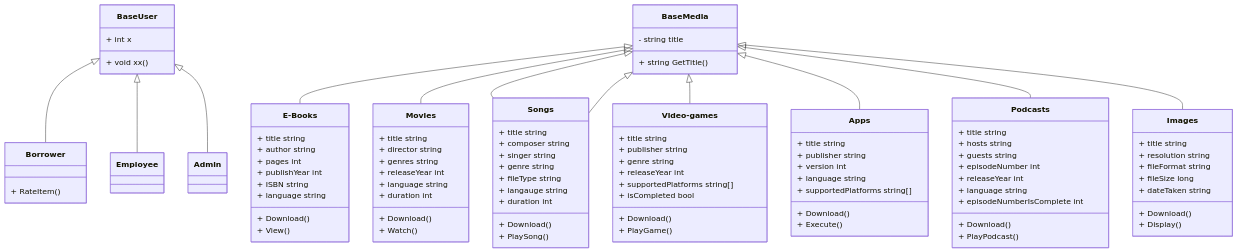
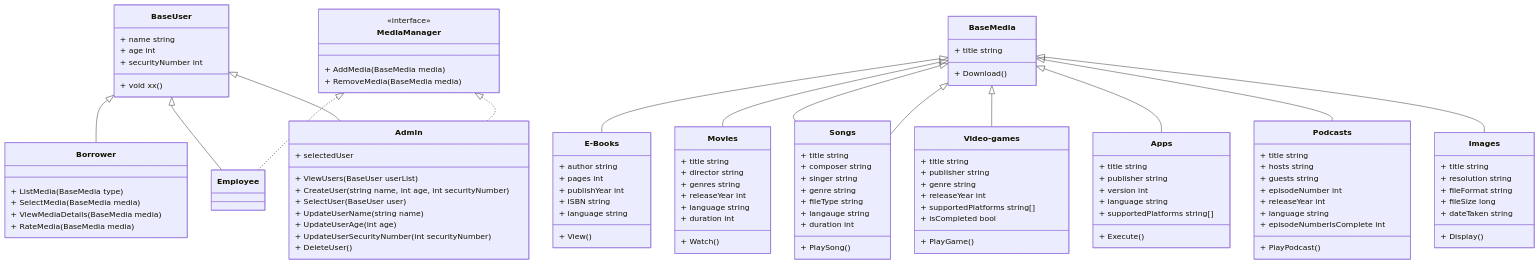
The diagram in OOP-Workshop/README.md (TheVedde/oop-workshop), drawn with Mermaid before and after one commit. The commit also changed other lines of this file and 1 other file, not shown here.

Commit message:
Inserted current CRC cards and UML diagram.

````diff
--- a/OOP-Workshop/README.md
+++ b/OOP-Workshop/README.md
@@ -16,34 +23,51 @@
   classDiagram
 direction TB
     class BaseUser {
-	    + int x
+        + name string
+        + age int
+        + securityNumber int
+
 	    + void xx()
     }
 
     class Borrower {
-        
-        + RateItem()
+        + ListMedia(BaseMedia type)
+        + SelectMedia(BaseMedia media)
+        + ViewMediaDetails(BaseMedia media)
+        + RateMedia(BaseMedia media)
+    }
+
+    class MediaManager{
+        <<interface>>
+        + AddMedia(BaseMedia media)
+        + RemoveMedia(BaseMedia media)
     }
 
     class Employee {
     }
 
     class Admin {
+        + selectedUser 
+        + ViewUsers(BaseUser userList)
+        + CreateUser(string name, int age, int securityNumber)
+        + SelectUser(BaseUser user)
+        + UpdateUserName(string name)
+        + UpdateUserAge(int age)
+        + UpdateUserSecurityNumber(int securityNumber)
+        + DeleteUser()
     }
 
     class BaseMedia {
-	    - string title
-	    + string GetTitle()
+	    + title string
+	    + Download()
     }
 
     class E-Books {
-	    + title string
 	    + author string
 	    + pages int
 	    + publishYear int
 	    + ISBN string
 	    + language string
-        + Download()
         + View()
     }
 
@@ -54,7 +78,6 @@
 	    + releaseYear int
 	    + language string
 	    + duration int
-        + Download()
         + Watch()
     }
 
@@ -66,7 +89,6 @@
 	    + fileType string
 	    + langauge string
 	    + duration int
-        + Download()
         + PlaySong()
     }
 
@@ -77,7 +99,6 @@
 	    + releaseYear int
 	    + supportedPlatforms string[]
         + isCompleted bool
-        + Download()
         + PlayGame()
     }
 
@@ -87,7 +108,6 @@
 	    + version int
 	    + language string
 	    + supportedPlatforms string[]
-        + Download()
         + Execute()
     }
 
@@ -99,7 +119,6 @@
         + releaseYear int
         + language string
         + episodeNumberIsComplete int
-        + Download()
         + PlayPodcast()
     }
 
@@ -109,13 +128,14 @@
         + fileFormat string
         + fileSize long
         + dateTaken string
-        + Download()
         + Display()
     }
 
     BaseUser <|-- Borrower
     BaseUser <|-- Employee
     BaseUser <|-- Admin
+    MediaManager <|.. Employee
+    MediaManager <|.. Admin
     BaseMedia <|-- E-Books
     BaseMedia <|-- Movies
     BaseMedia <|-- Songs
@@ -124,4 +144,6 @@
     BaseMedia <|-- Apps
     BaseMedia <|-- Podcasts
     BaseMedia <|-- Images
+
+
 ```
````
